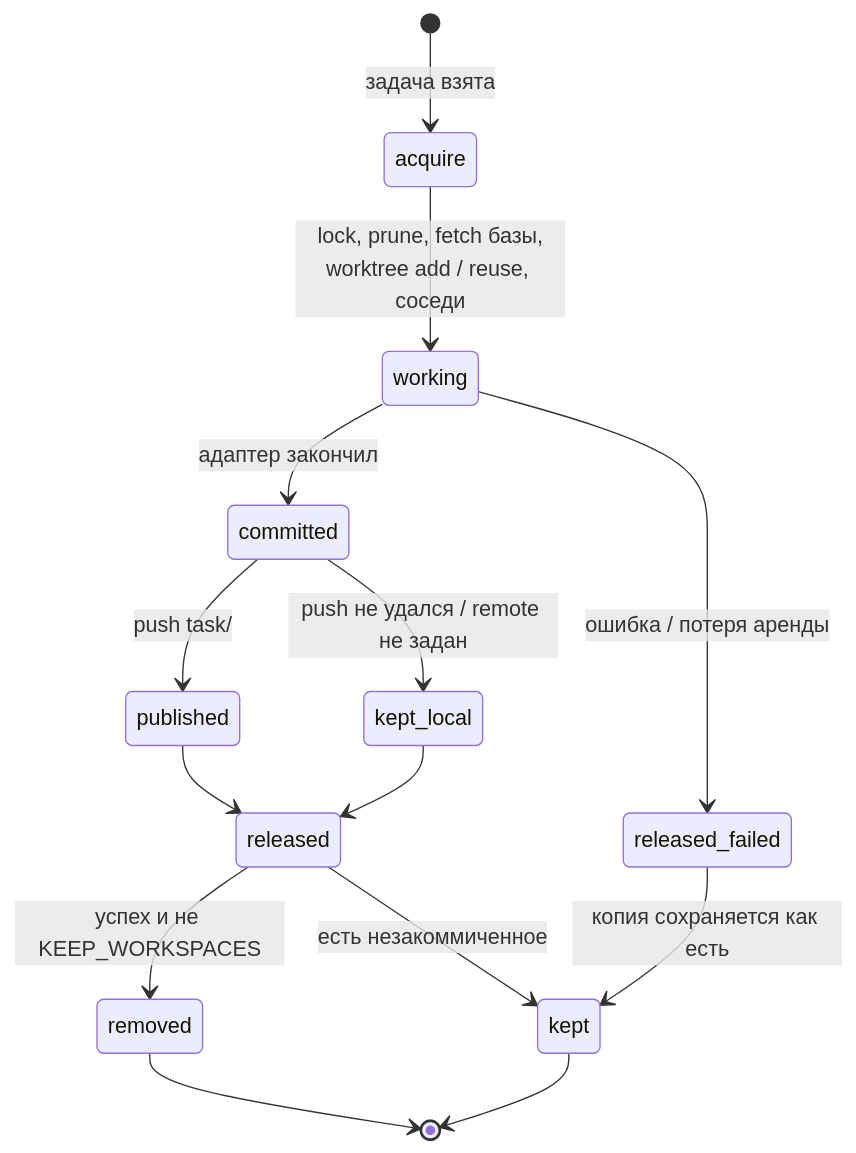
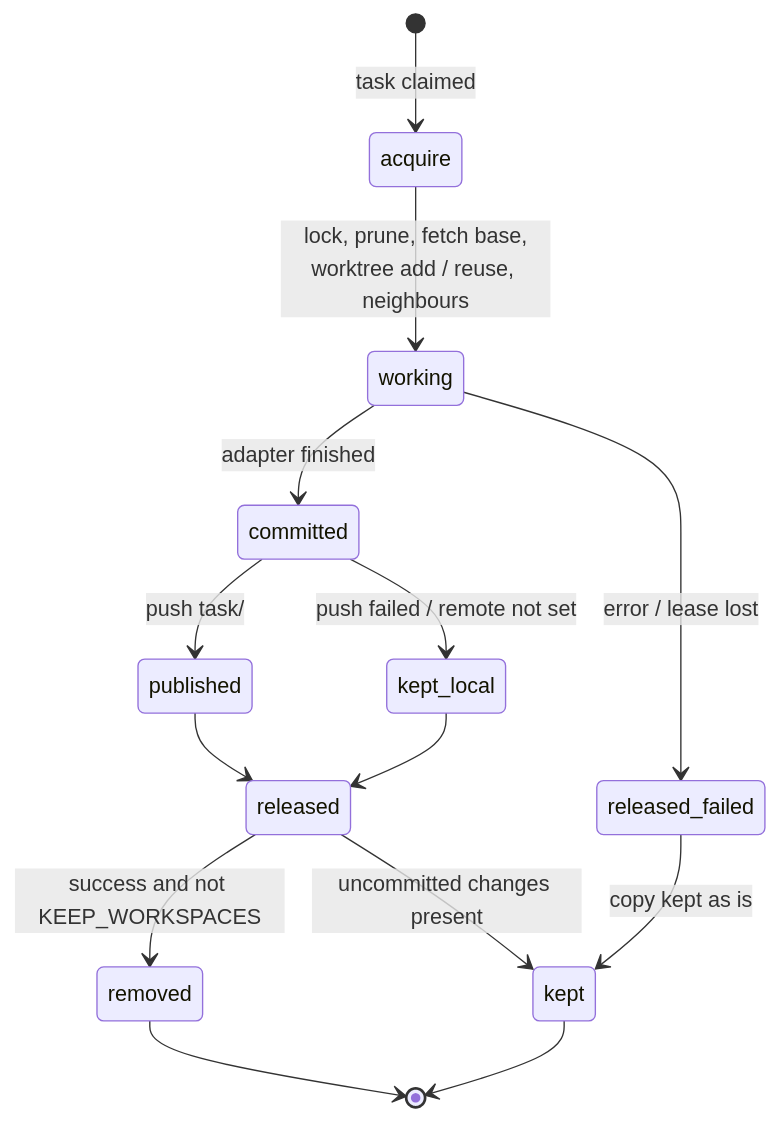
One commit to monthu56/taimen changed the diagram in guide/docs/runner/execution-workspace.md. Above: the diagram before and after it, drawn with Mermaid. The commit also changed other lines of this file and 183 other files, not shown here.

````diff
--- a/guide/docs/runner/execution-workspace.md
+++ b/guide/docs/runner/execution-workspace.md
@@ -94,16 +98,16 @@
 ```mermaid
 stateDiagram-v2
-    [*] --> acquire: задача взята
-    acquire --> working: lock, prune, fetch базы,<br/>worktree add / reuse, соседи
-    working --> committed: адаптер закончил
+    [*] --> acquire: task claimed
+    acquire --> working: lock, prune, fetch base,<br/>worktree add / reuse, neighbours
+    working --> committed: adapter finished
     committed --> published: push task/<publicId>
-    committed --> kept_local: push не удался / remote не задан
+    committed --> kept_local: push failed / remote not set
     published --> released
     kept_local --> released
-    working --> released_failed: ошибка / потеря аренды
-    released --> removed: успех и не KEEP_WORKSPACES
-    released --> kept: есть незакоммиченное
-    released_failed --> kept: копия сохраняется как есть
+    working --> released_failed: error / lease lost
+    released --> removed: success and not KEEP_WORKSPACES
+    released --> kept: uncommitted changes present
+    released_failed --> kept: copy kept as is
     removed --> [*]
     kept --> [*]
 ```
````
